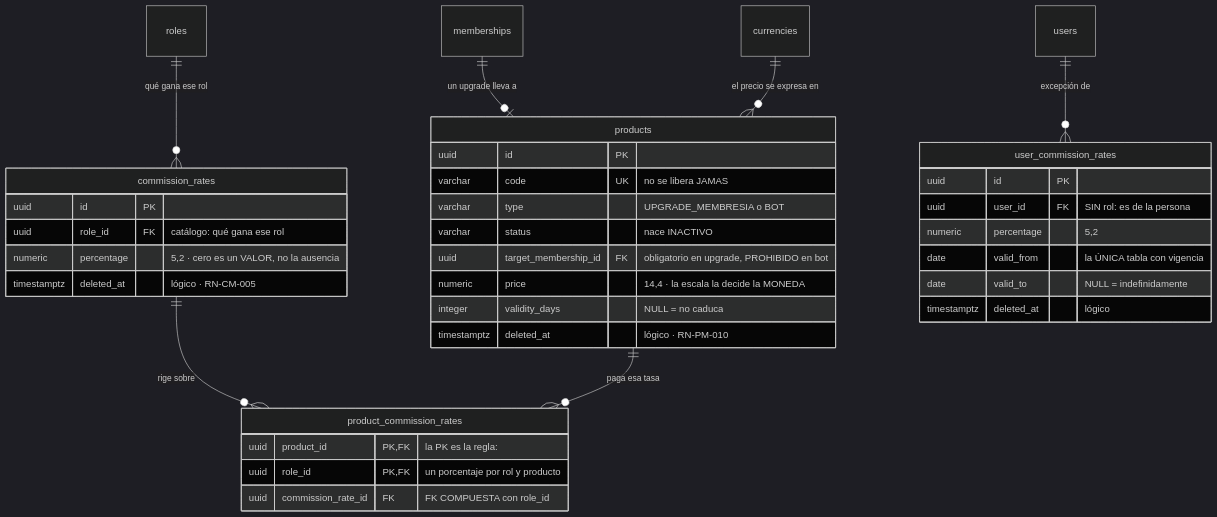
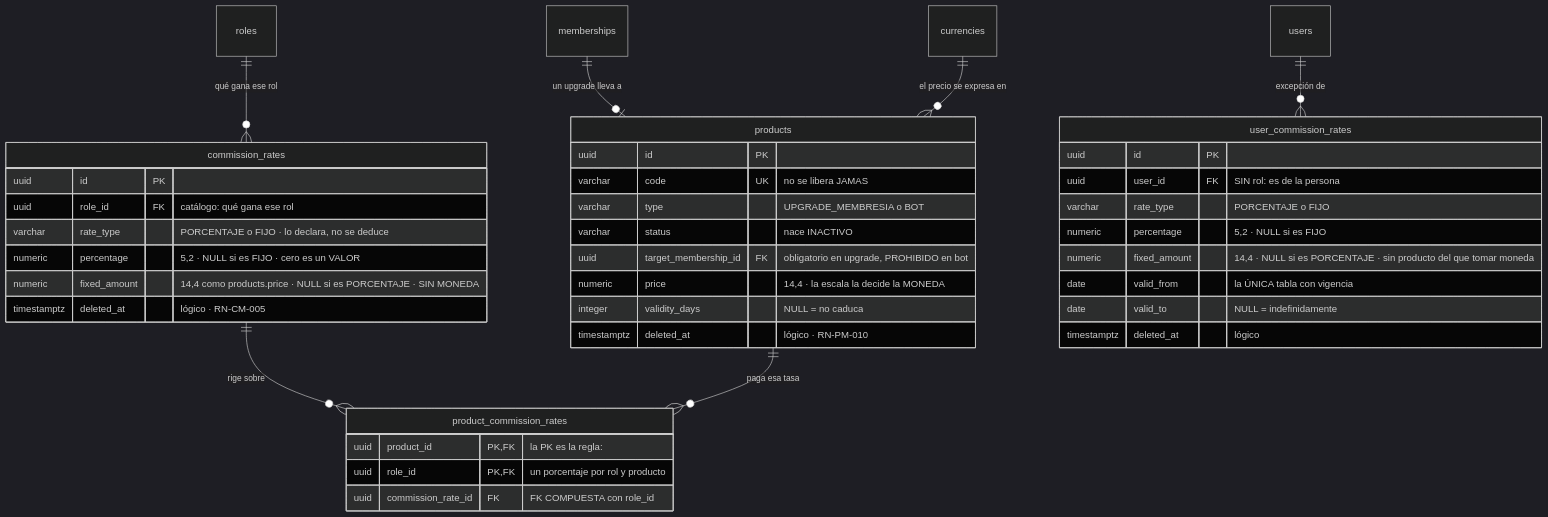
The fourth of 5 diagrams in docs/modelo-datos.md (NexusPro-Dev/backend), drawn with Mermaid (dark theme) before and after one commit. The commit also changed other lines of this file and 63 other files, not shown here.

First line of the commit message:
feat(cm): la comision se declara en porcentaje o en valor fijo

````diff
--- a/docs/modelo-datos.md
+++ b/docs/modelo-datos.md
@@ -315,43 +317,47 @@
 ```mermaid
 erDiagram
     memberships ||--o| products : "un upgrade lleva a"
     currencies  ||--o{ products : "el precio se expresa en"
 
     roles    ||--o{ commission_rates : "qué gana ese rol"
     commission_rates ||--o{ product_commission_rates : "rige sobre"
     products ||--o{ product_commission_rates : "paga esa tasa"
     users    ||--o{ user_commission_rates : "excepción de"
 
     products {
         uuid id PK
         varchar code UK "no se libera JAMAS"
         varchar type "UPGRADE_MEMBRESIA o BOT"
         varchar status "nace INACTIVO"
         uuid target_membership_id FK "obligatorio en upgrade, PROHIBIDO en bot"
         numeric price "14,4 · la escala la decide la MONEDA"
         integer validity_days "NULL = no caduca"
         timestamptz deleted_at "lógico · RN-PM-010"
     }
 
     commission_rates {
         uuid id PK
         uuid role_id FK "catálogo: qué gana ese rol"
-        numeric percentage "5,2 · cero es un VALOR, no la ausencia"
+        varchar rate_type "PORCENTAJE o FIJO · lo declara, no se deduce"
+        numeric percentage "5,2 · NULL si es FIJO · cero es un VALOR"
+        numeric fixed_amount "14,4 como products.price · NULL si es PORCENTAJE · SIN MONEDA"
         timestamptz deleted_at "lógico · RN-CM-005"
     }
 
     product_commission_rates {
         uuid product_id PK,FK "la PK es la regla:"
         uuid role_id PK,FK "un porcentaje por rol y producto"
         uuid commission_rate_id FK "FK COMPUESTA con role_id"
     }
 
     user_commission_rates {
         uuid id PK
         uuid user_id FK "SIN rol: es de la persona"
-        numeric percentage "5,2"
+        varchar rate_type "PORCENTAJE o FIJO"
+        numeric percentage "5,2 · NULL si es FIJO"
+        numeric fixed_amount "14,4 · NULL si es PORCENTAJE · sin producto del que tomar moneda"
         date valid_from "la ÚNICA tabla con vigencia"
         date valid_to "NULL = indefinidamente"
         timestamptz deleted_at "lógico"
     }
 ```
````
